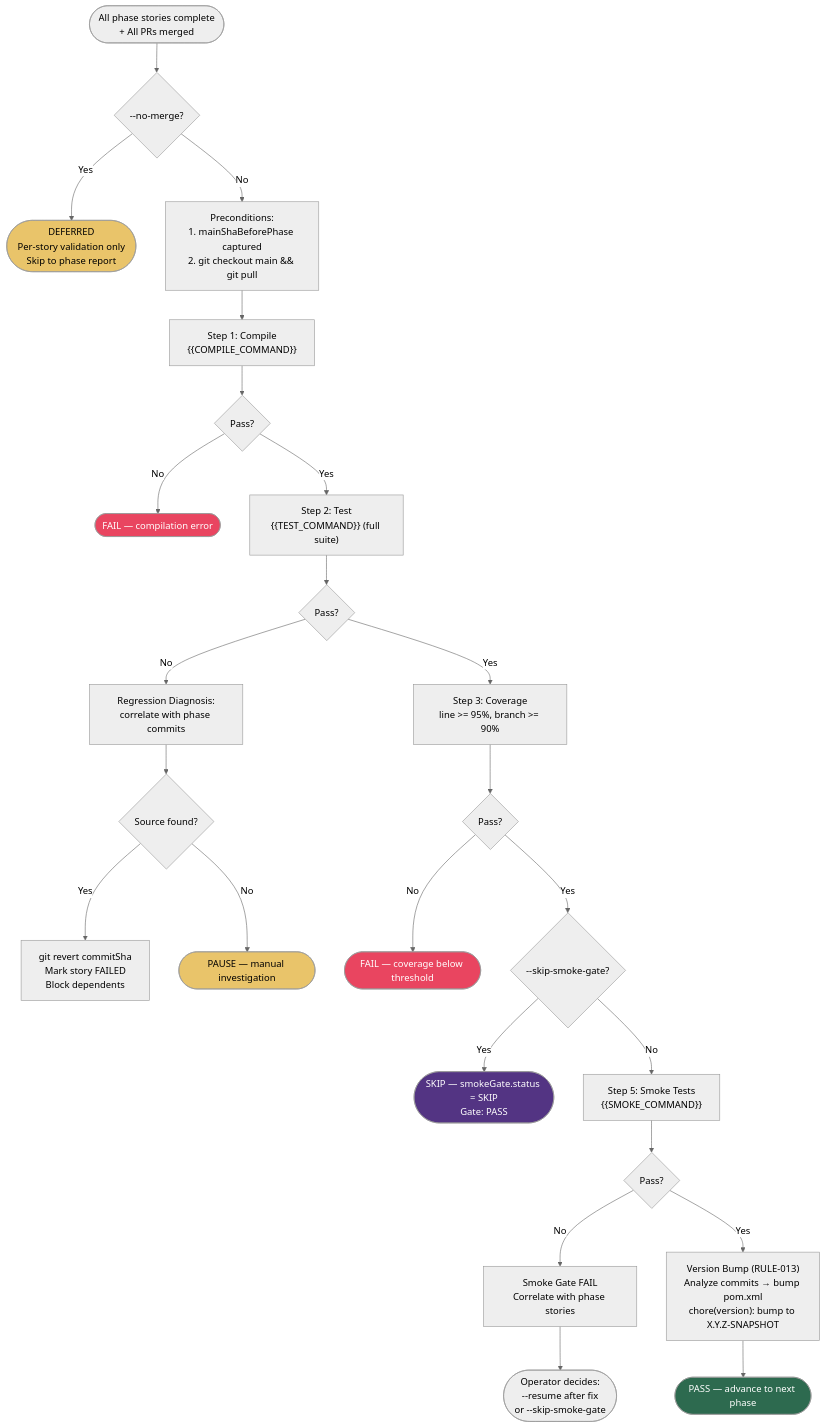
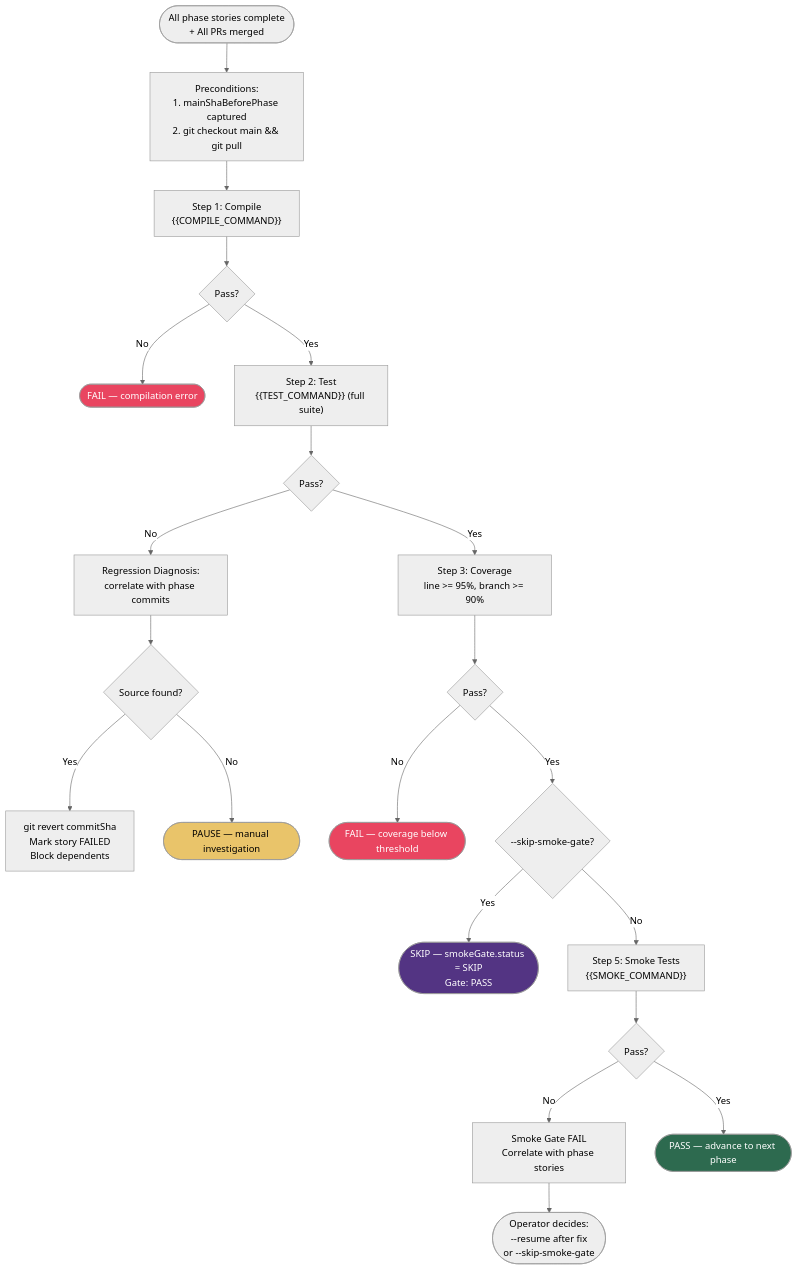
The sixth of 8 diagrams in .claude/skills/x-dev-epic-implement/README.md (edercnj/ia-dev-environment), drawn with Mermaid (neutral theme) before and after one commit. The commit also changed other lines of this file and 2248 other files, not shown here.

````diff
--- a/.claude/skills/x-dev-epic-implement/README.md
+++ b/.claude/skills/x-dev-epic-implement/README.md
@@ -291,42 +281,38 @@
 ```mermaid
 flowchart TD
-    TRIGGER(["All phase stories complete<br/>+ All PRs merged"]) --> NOMERGECHECK{--no-merge?}
-    NOMERGECHECK -->|Yes| DEFERRED(["DEFERRED<br/>Per-story validation only<br/>Skip to phase report"])
-    NOMERGECHECK -->|No| PRE
+    TRIGGER(["All phase stories complete<br/>+ All PRs merged"]) --> PRE
 
     PRE["Preconditions:<br/>1. mainShaBeforePhase captured<br/>2. git checkout main && git pull"] --> S1
 
     S1["Step 1: Compile<br/>{{COMPILE_COMMAND}}"] --> S1R{Pass?}
     S1R -->|No| FAIL1(["FAIL — compilation error"])
     S1R -->|Yes| S2
 
     S2["Step 2: Test<br/>{{TEST_COMMAND}} (full suite)"] --> S2R{Pass?}
     S2R -->|No| REGRESS["Regression Diagnosis:<br/>correlate with phase commits"]
     S2R -->|Yes| S3
 
     REGRESS --> REGSRC{Source found?}
     REGSRC -->|Yes| REVERT["git revert commitSha<br/>Mark story FAILED<br/>Block dependents"]
     REGSRC -->|No| PAUSE(["PAUSE — manual investigation"])
 
     S3["Step 3: Coverage<br/>line >= 95%, branch >= 90%"] --> S3R{Pass?}
     S3R -->|No| FAIL3(["FAIL — coverage below threshold"])
     S3R -->|Yes| S4
 
     S4{--skip-smoke-gate?}
     S4 -->|Yes| SKIP(["SKIP — smokeGate.status = SKIP<br/>Gate: PASS"])
     S4 -->|No| S5
 
     S5["Step 5: Smoke Tests<br/>{{SMOKE_COMMAND}}"] --> S5R{Pass?}
     S5R -->|No| SMOKEFAIL["Smoke Gate FAIL<br/>Correlate with phase stories"]
-    S5R -->|Yes| VBUMP["Version Bump (RULE-013)<br/>Analyze commits → bump pom.xml<br/>chore(version): bump to X.Y.Z-SNAPSHOT"]
-    VBUMP --> PASS(["PASS — advance to next phase"])
+    S5R -->|Yes| PASS(["PASS — advance to next phase"])
 
     SMOKEFAIL --> OPERATOR(["Operator decides:<br/>--resume after fix<br/>or --skip-smoke-gate"])
 
     style PASS fill:#2d6a4f,color:#fff
     style FAIL1 fill:#e94560,color:#fff
     style FAIL3 fill:#e94560,color:#fff
     style PAUSE fill:#e9c46a,color:#000
     style SKIP fill:#533483,color:#fff
-    style DEFERRED fill:#e9c46a,color:#000
 ```
````
